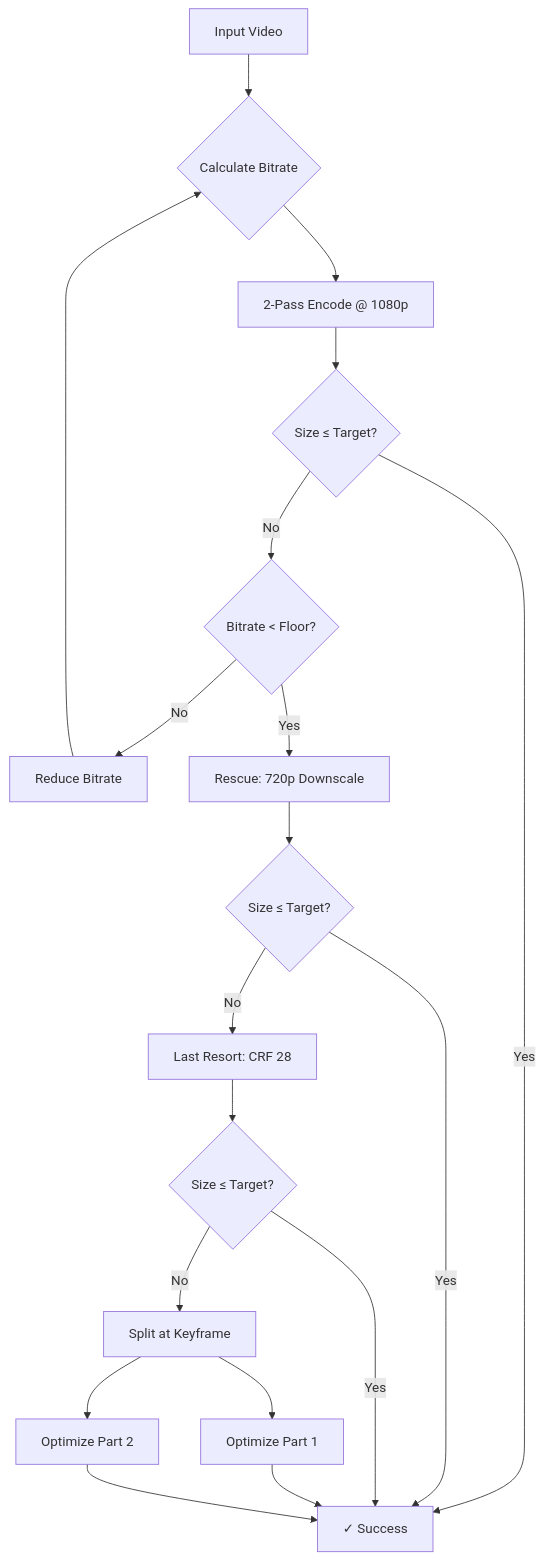
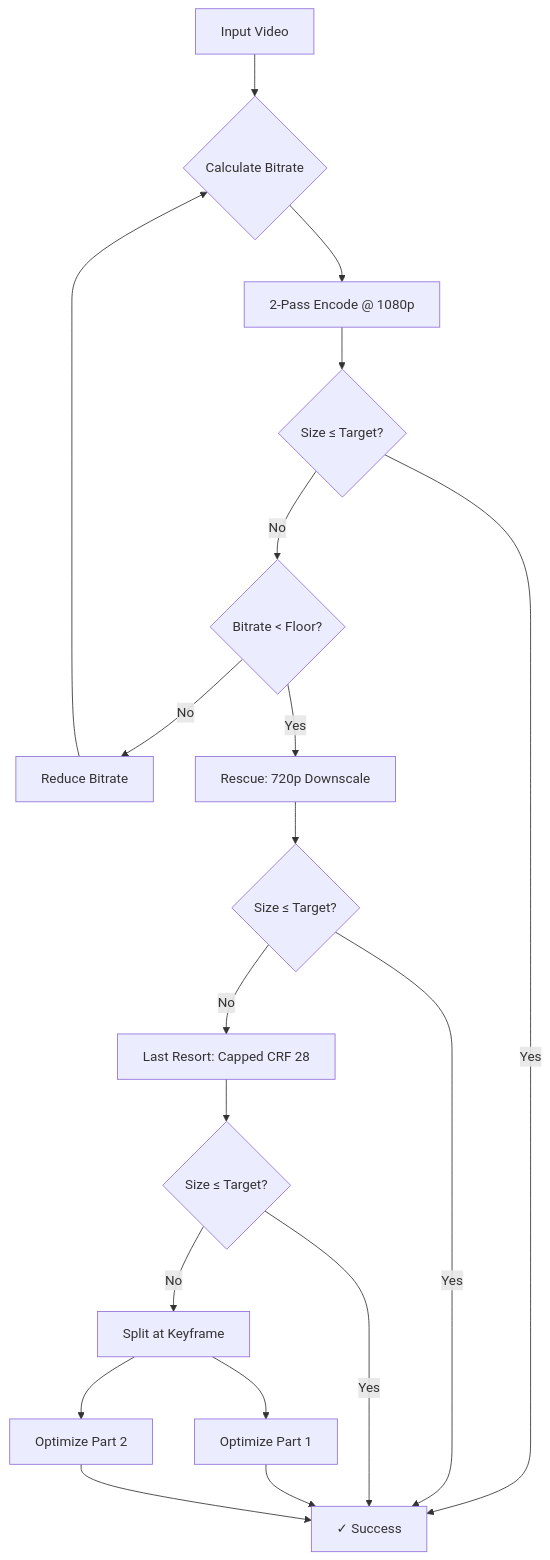
Before and after one commit to nunogomes255/ffmpeg-shrinkwrap: the diagram in README.md, drawn with Mermaid. The commit also changed other lines of this file and 5 other files, not shown here.

````diff
--- a/README.md
+++ b/README.md
@@ -135,26 +248,26 @@
 ```mermaid
 flowchart TD
     A[Input Video] --> B{Calculate Bitrate}
     B --> C[2-Pass Encode @ 1080p]
     C --> D{Size ≤ Target?}
     
     D -- Yes --> E[✓ Success]
     D -- No --> F{Bitrate < Floor?}
     
     F -- No --> G[Reduce Bitrate]
     G --> B
     
     F -- Yes --> H[Rescue: 720p Downscale]
     H --> I{Size ≤ Target?}
     
     I -- Yes --> E
-    I -- No --> J[Last Resort: CRF 28]
+    I -- No --> J[Last Resort: Capped CRF 28]
     J --> K{Size ≤ Target?}
     
     K -- Yes --> E
     K -- No --> L[Split at Keyframe]
     L --> M[Optimize Part 1]
     L --> N[Optimize Part 2]
     M --> E
     N --> E
 ```
````
